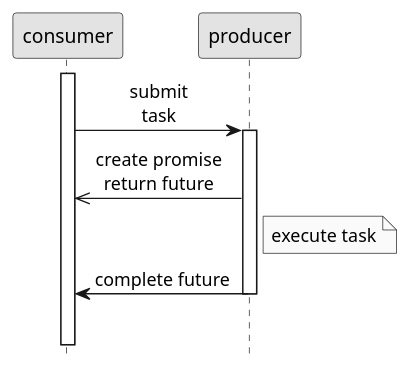
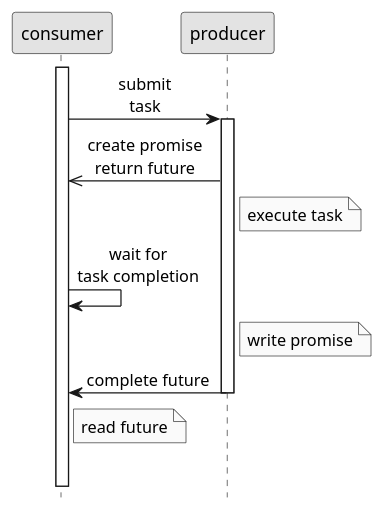
The diagram in doc/future and promise.puml (ti-cortex-m4/demo-java-completablefuture), drawn with PlantUML before and after one commit.

```diff
--- a/doc/future and promise.puml
+++ b/doc/future and promise.puml
@@ -1,19 +1,21 @@
 @startuml
-scale 1.1
 hide footbox
 skinparam monochrome true
 skinparam defaultFontName Source Sans Pro
 skinparam titleFontSize 15
 skinparam sequenceMessageAlign center
 
 activate consumer
 consumer->producer: submit\ntask
 activate producer
 producer->>consumer: create promise\nreturn future
 Note right of producer: execute task
+consumer->consumer: wait for\ntask completion
+Note right of producer: write promise
 producer->consumer: complete future
 deactivate producer
+Note right of consumer: read future
 
 ||14||
 producer -[#white]->]
 @enduml
```
